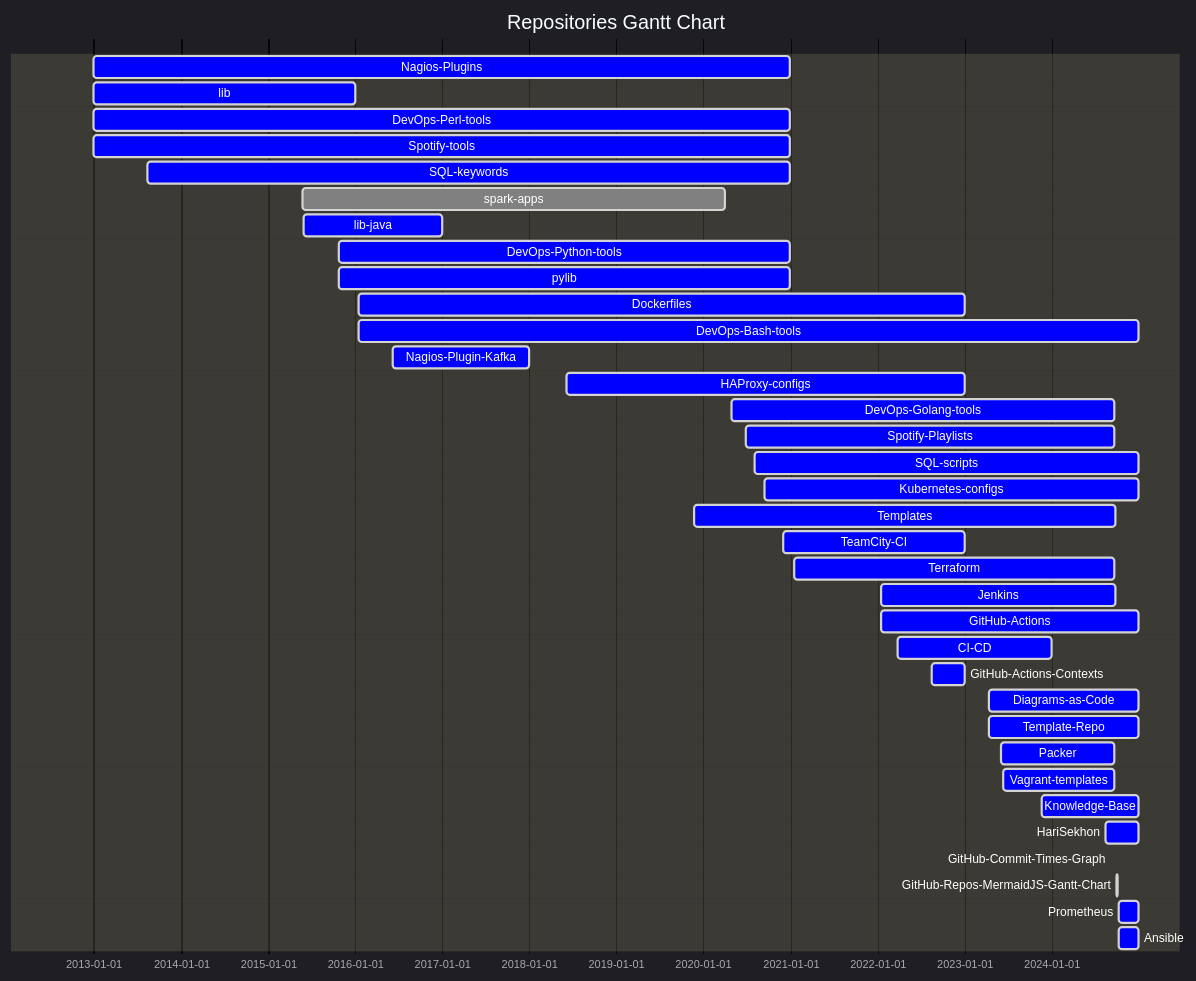
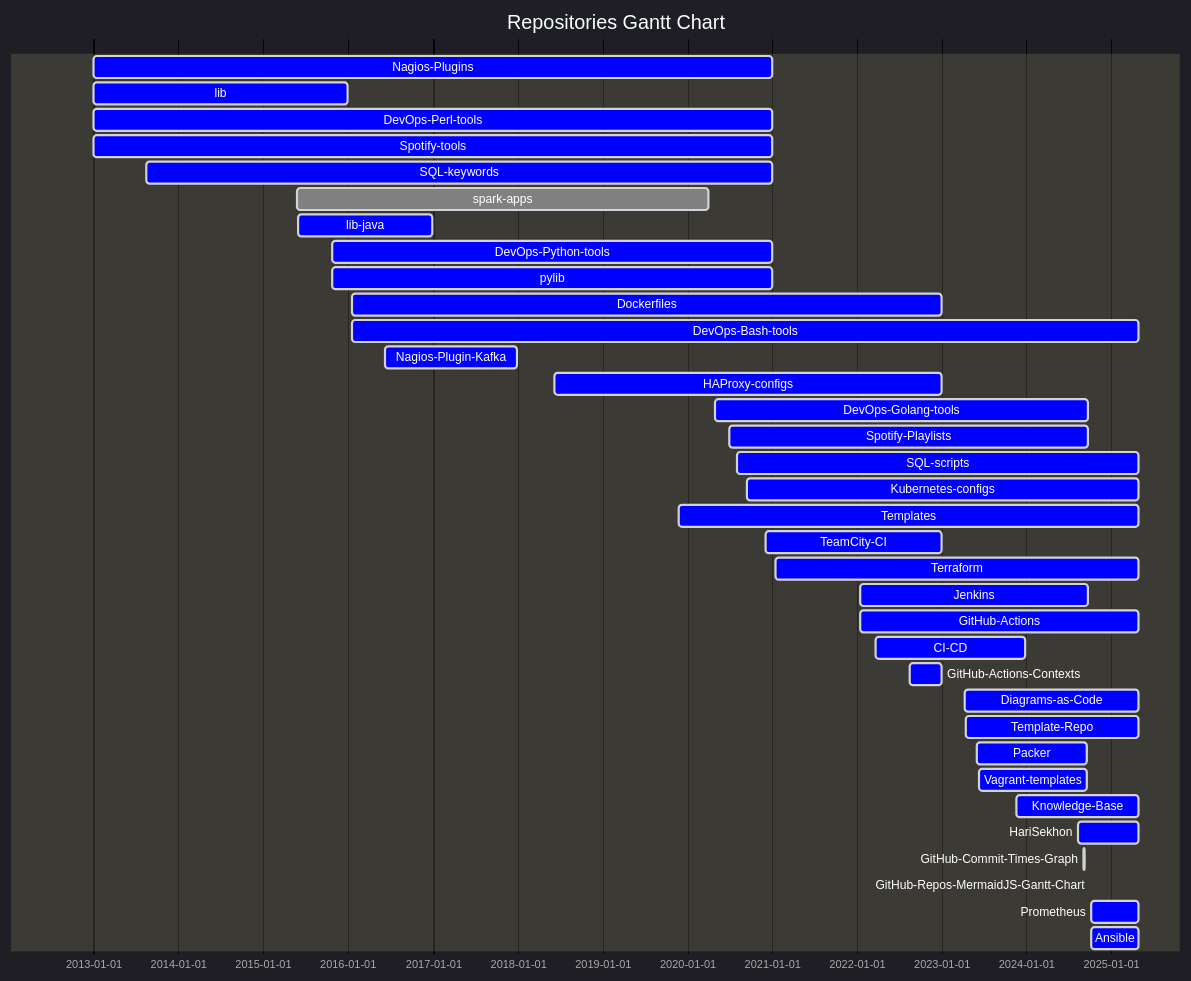
Before and after one commit to HariSekhon/Diagrams-as-Code: the fifth of 5 diagrams in README.md, drawn with Mermaid.

````diff
--- a/README.md
+++ b/README.md
@@ -931,57 +931,57 @@
 ```mermaid
 %%{ init: {
         "logLevel": "debug",
         'theme': 'dark',
         'themeVariables': {
           'activeTaskBkgColor': '#0000ff',
           'activeTaskBorderColor': 'lightgrey',
           'critBorderColor': 'lightgrey',
           'doneTaskBkgColor': 'grey',
           'doneTaskBorderColor': 'lightgrey',
           'taskBkgColor': 'black',
           'taskBorderColor': 'black',
           'taskTextColor': 'white',
           'taskTextDarkColor': 'white',
           'taskTextLightColor': 'black',
           'todayLineColor': 'red'
         }
     }
 }%%
 gantt
     dateFormat  YYYY-MM-DD
     title Repositories Gantt Chart
     Nagios-Plugins : active, 2012-12-30, 2020-12-31
     lib : active, 2012-12-30, 2015-12-31
     DevOps-Perl-tools : active, 2012-12-30, 2020-12-31
     Spotify-tools : active, 2012-12-30, 2020-12-31
     SQL-keywords : active, 2013-08-13, 2020-12-31
     spark-apps : done, 2015-05-25, 2020-04-02
     lib-java : active, 2015-05-31, 2016-12-31
     DevOps-Python-tools : active, 2015-10-27, 2020-12-31
     pylib : active, 2015-10-27, 2020-12-31
     Dockerfiles : active, 2016-01-17, 2022-12-31
-    DevOps-Bash-tools : active, 2016-01-17, 2024-12-31
+    DevOps-Bash-tools : active, 2016-01-17, 2025-04-30
     Nagios-Plugin-Kafka : active, 2016-06-07, 2017-12-31
     HAProxy-configs : active, 2018-06-08, 2022-12-31
     DevOps-Golang-tools : active, 2020-04-30, 2024-09-22
     Spotify-Playlists : active, 2020-06-29, 2024-09-22
-    SQL-scripts : active, 2020-08-05, 2024-12-31
-    Kubernetes-configs : active, 2020-09-16, 2024-12-31
-    Templates : active, 2019-11-25, 2024-09-25
+    SQL-scripts : active, 2020-08-05, 2025-04-30
+    Kubernetes-configs : active, 2020-09-16, 2025-04-30
+    Templates : active, 2019-11-25, 2025-04-30
     TeamCity-CI : active, 2020-12-03, 2022-12-31
-    Terraform : active, 2021-01-18, 2024-09-21
+    Terraform : active, 2021-01-18, 2025-04-30
     Jenkins : active, 2022-01-17, 2024-09-23
-    GitHub-Actions : active, 2022-01-17, 2024-12-31
+    GitHub-Actions : active, 2022-01-17, 2025-04-30
     CI-CD : active, 2022-03-25, 2023-12-31
     GitHub-Actions-Contexts : active, 2022-08-17, 2022-12-31
-    Diagrams-as-Code : active, 2023-04-14, 2024-12-31
-    Template-Repo : active, 2023-04-15, 2024-12-31
+    Diagrams-as-Code : active, 2023-04-14, 2025-04-30
+    Template-Repo : active, 2023-04-15, 2025-04-30
     Packer : active, 2023-06-02, 2024-09-21
     Vagrant-templates : active, 2023-06-12, 2024-09-21
-    Knowledge-Base : active, 2023-11-22, 2024-12-31
-    HariSekhon : active, 2024-08-14, 2024-12-31
+    Knowledge-Base : active, 2023-11-22, 2025-04-30
+    HariSekhon : active, 2024-08-14, 2025-04-30
     GitHub-Commit-Times-Graph : active, 2024-09-07, 2024-09-08
     GitHub-Repos-MermaidJS-Gantt-Chart : active, 2024-10-02, 2024-10-03
-    Prometheus : active, 2024-10-08, 2024-12-31
-    Ansible : active, 2024-10-08, 2024-12-31
+    Prometheus : active, 2024-10-08, 2025-04-30
+    Ansible : active, 2024-10-08, 2025-04-30
 ```
````
